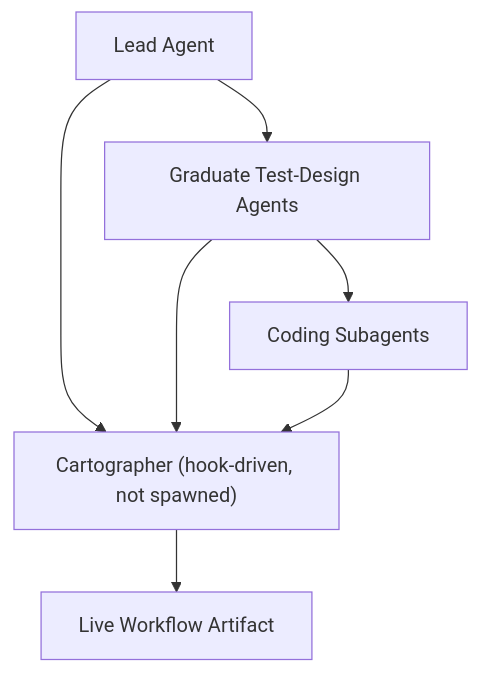
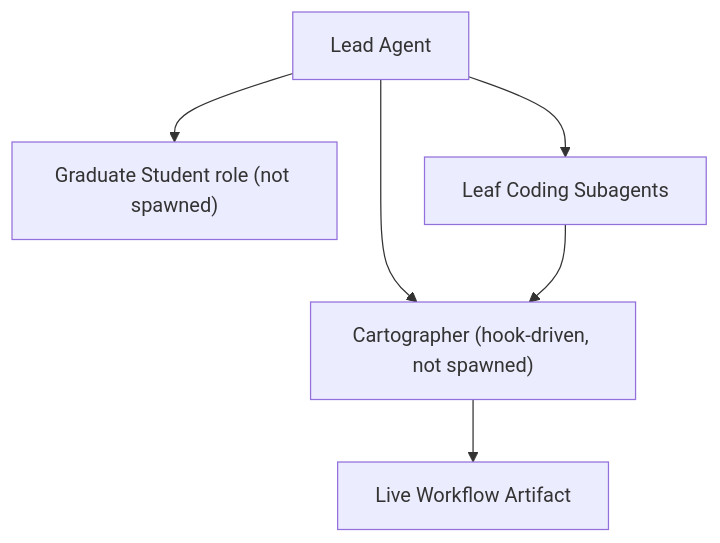
Before and after one commit to kisbi3/ResearchPartner: the fifth of 7 diagrams in docs/workflow_diagrams.md, drawn with Mermaid. The commit also changed other lines of this file and 34 other files, not shown here.

````diff
--- a/docs/workflow_diagrams.md
+++ b/docs/workflow_diagrams.md
@@ -83,9 +83,8 @@
 ```mermaid
 flowchart TB
-    P["Lead Agent"] --> G["Graduate Test-Design Agents"]
-    G --> C["Coding Subagents"]
+    P["Lead Agent"] --> G["Graduate Student role (not spawned)"]
+    P --> C["Leaf Coding Subagents"]
     P --> D["Cartographer (hook-driven, not spawned)"]
-    G --> D
     C --> D
     D --> W["Live Workflow Artifact"]
 ```
````
